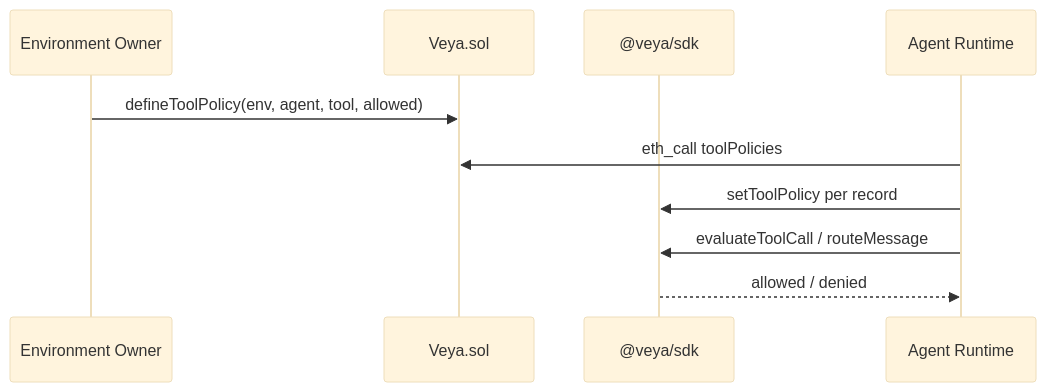
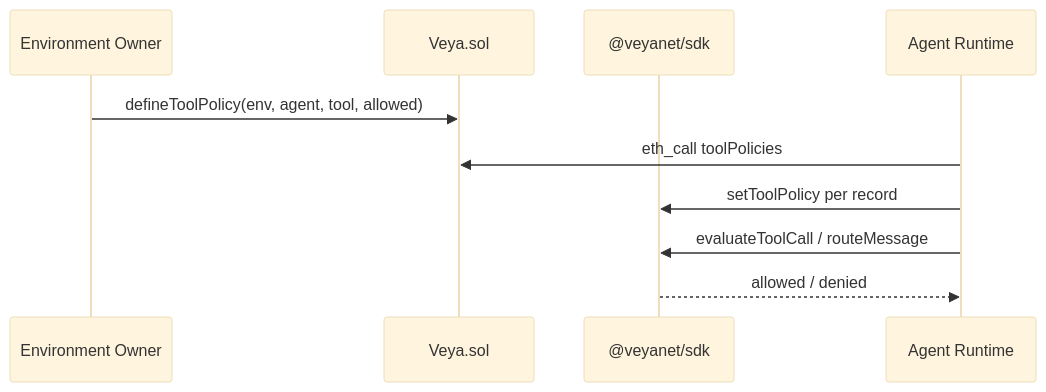
The third of 3 diagrams in docs/sdk/coordination.md (veyanet/veya-sdk), drawn with Mermaid (base theme) before and after one commit. The commit also changed other lines of this file and 34 other files, not shown here.

Commit message:
refactor(sdk): update package scope to @veyanet/sdk

````diff
--- a/docs/sdk/coordination.md
+++ b/docs/sdk/coordination.md
@@ -358,13 +358,13 @@
 ```mermaid
 sequenceDiagram
     participant Owner as Environment Owner
     participant V as Veya.sol
-    participant SDK as @veya/sdk
+    participant SDK as @veyanet/sdk
     participant Agent as Agent Runtime
 
     Owner->>V: defineToolPolicy(env, agent, tool, allowed)
     Agent->>V: eth_call toolPolicies
     Agent->>SDK: setToolPolicy per record
     Agent->>SDK: evaluateToolCall / routeMessage
     SDK-->>Agent: allowed / denied
 ```
````
